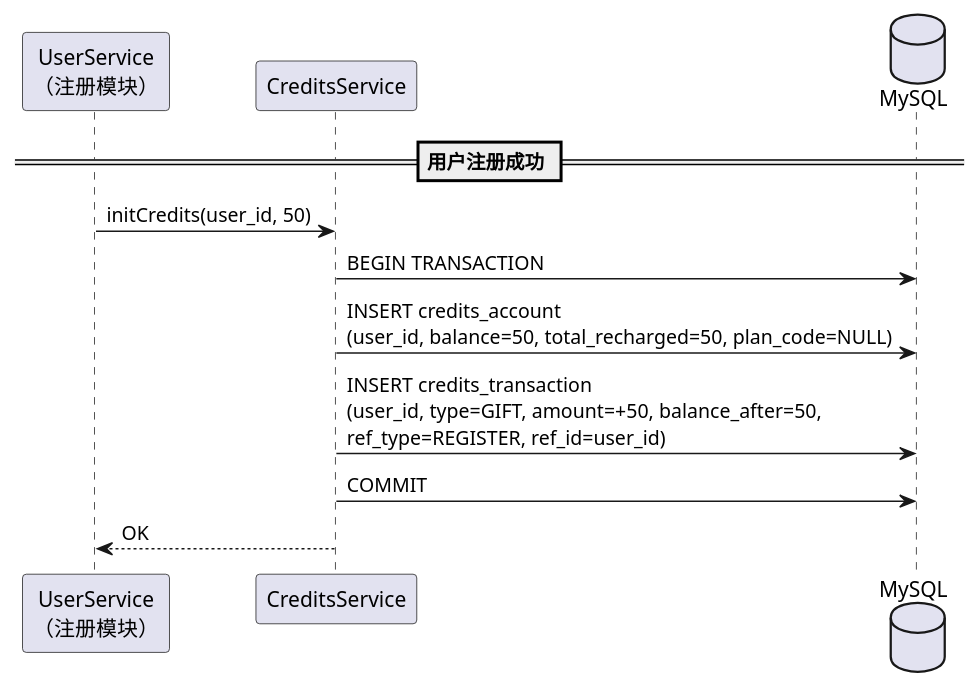
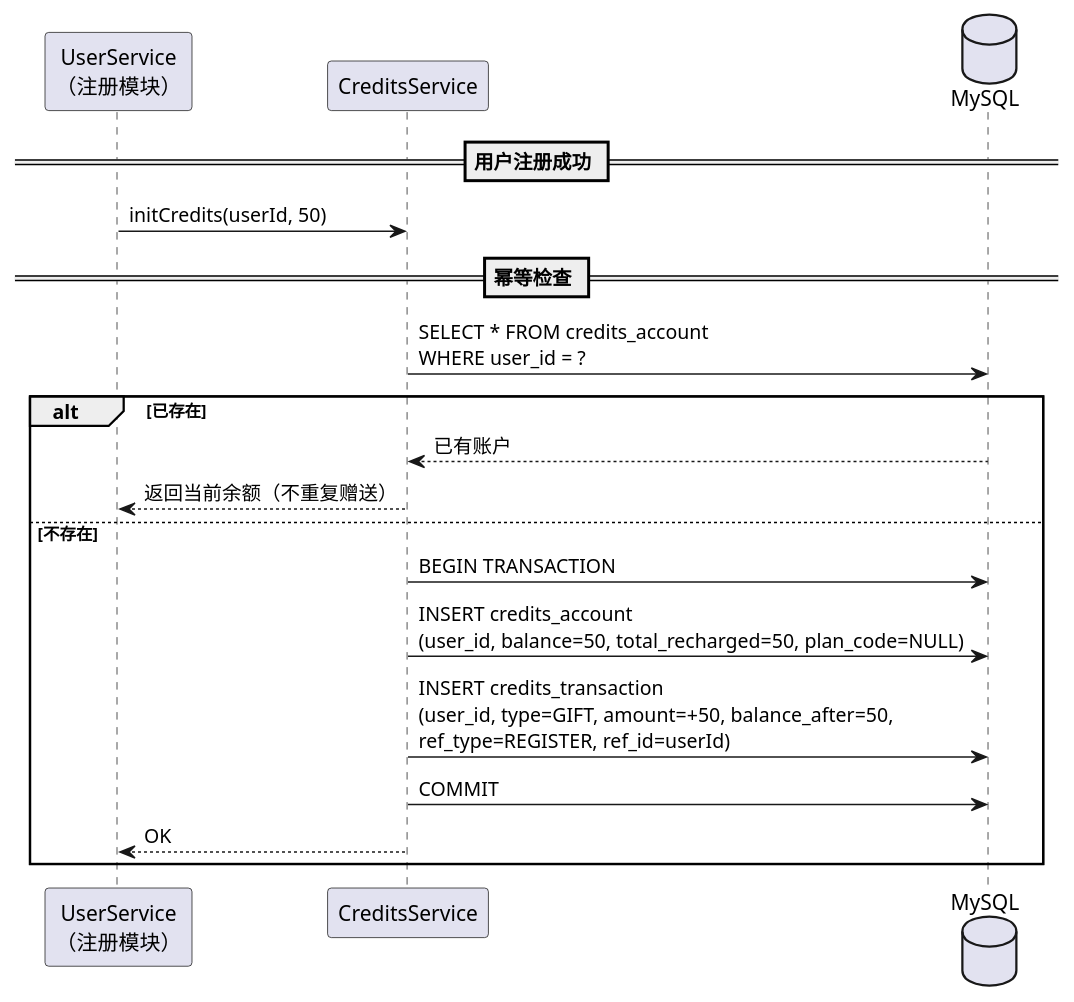
The sixth of 6 diagrams in Docs/iterations/2026-06-19_积分体系_v1.0/tech-design.md (liluqing/farvis-harness), drawn with PlantUML before and after one commit. The commit also changed other lines of this file and 1 other file, not shown here.

````diff
--- a/Docs/iterations/2026-06-19_积分体系_v1.0/tech-design.md
+++ b/Docs/iterations/2026-06-19_积分体系_v1.0/tech-design.md
@@ -303,17 +413,24 @@
 ```plantuml
 @startuml
 participant "UserService\n（注册模块）" as User
 participant "CreditsService" as Credit
 database "MySQL" as DB
 
 == 用户注册成功 ==
-User -> Credit: initCredits(user_id, 50)
+User -> Credit: initCredits(userId, 50)
 
-Credit -> DB: BEGIN TRANSACTION
-Credit -> DB: INSERT credits_account\n(user_id, balance=50, total_recharged=50, plan_code=NULL)
-Credit -> DB: INSERT credits_transaction\n(user_id, type=GIFT, amount=+50, balance_after=50,\nref_type=REGISTER, ref_id=user_id)
-Credit -> DB: COMMIT
-Credit --> User: OK
+== 幂等检查 ==
+Credit -> DB: SELECT * FROM credits_account\nWHERE user_id = ?
+alt 已存在
+    DB --> Credit: 已有账户
+    Credit --> User: 返回当前余额（不重复赠送）
+else 不存在
+    Credit -> DB: BEGIN TRANSACTION
+    Credit -> DB: INSERT credits_account\n(user_id, balance=50, total_recharged=50, plan_code=NULL)
+    Credit -> DB: INSERT credits_transaction\n(user_id, type=GIFT, amount=+50, balance_after=50,\nref_type=REGISTER, ref_id=userId)
+    Credit -> DB: COMMIT
+    Credit --> User: OK
+end
 
 @enduml
 ```
````
